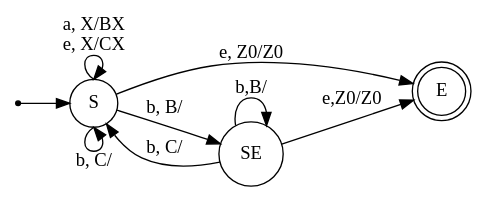
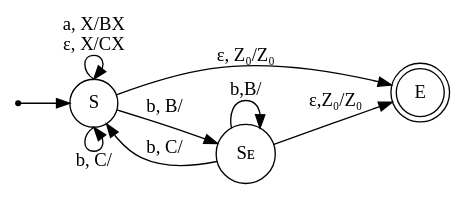
One commit to HumsterProgrammer/iu9-tfl-practice changed the second of 4 diagrams in Практика/Разбор задач/PDA и отображение Шютценберже.md. Above: the diagram before and after it, drawn with Graphviz. The commit also changed other lines of this file, not shown here.

````diff
--- a/Практика/Разбор задач/PDA и отображение Шютценберже.md
+++ b/Практика/Разбор задач/PDA и отображение Шютценберже.md
@@ -34,16 +34,16 @@
 ```dot
 digraph{
 	rankdir=LR
 	node [shape=circle]
 	E [shape=doublecircle]
 	point [shape=point]
 	point -> S
-	S:n -> S:n [label="a, X/BX\n e, X/CX"]
+	S:n -> S:n [label="a, X/BX\n ε, X/CX"]
 	S:s -> S:s [label="b, C/"]
-	S -> E [label="e, Z0/Z0"]
-	S -> SE [label="b, B/"]
-	SE -> SE [label="b,B/"]
-	SE -> S [label="b, C/"]
-	SE -> E [label="e,Z0/Z0"]
+	S -> E [label="ε, Z₀/Z₀"]
+	S -> Sᴇ [label="b, B/"]
+	Sᴇ -> Sᴇ [label="b,B/"]
+	Sᴇ -> S [label="b, C/"]
+	Sᴇ -> E [label="ε,Z₀/Z₀"]
 	}
 ```
````
